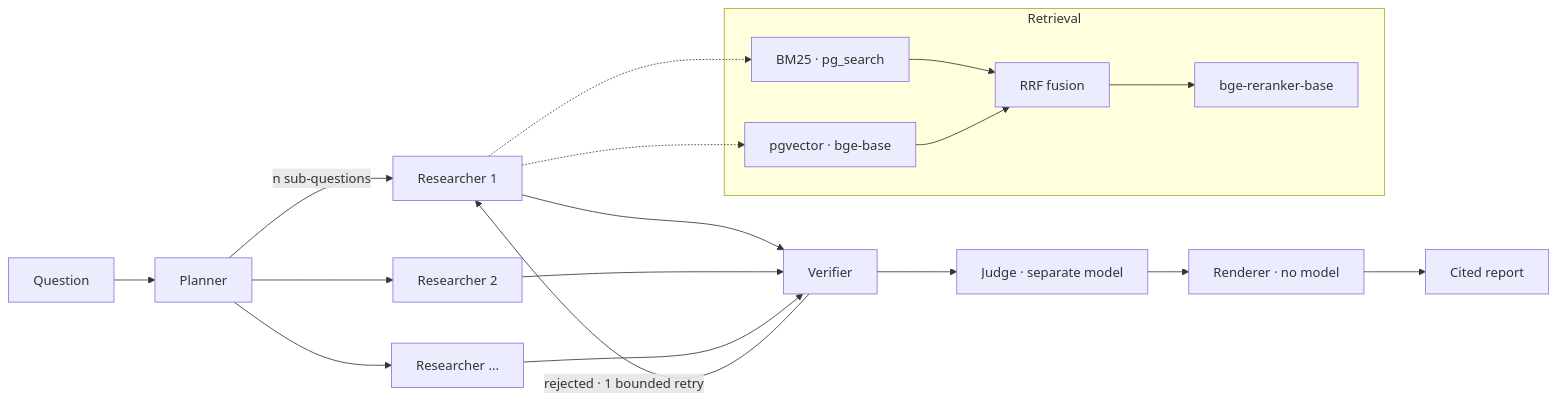
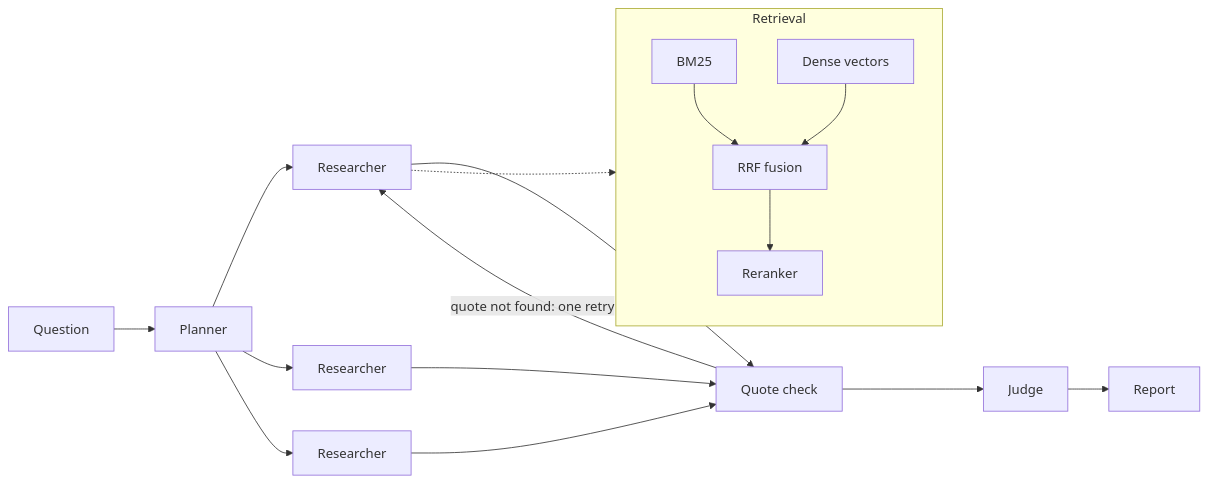
One commit to Albin-Carlsson/AgentForge changed the diagram in README.md. Above: the diagram before and after it, drawn with Mermaid. The commit also changed other lines of this file and 8 other files, not shown here.

````diff
--- a/README.md
+++ b/README.md
@@ -197,20 +67,17 @@
 ```mermaid
 flowchart LR
     Q[Question] --> P[Planner]
-    P -->|n sub-questions| R1[Researcher 1]
-    P --> R2[Researcher 2]
-    P --> R3[Researcher ...]
-    R1 --> V[Verifier]
-    R2 --> V
-    R3 --> V
-    V -->|rejected · 1 bounded retry| R1
-    V --> J[Judge · separate model] --> S[Renderer · no model] --> OUT[Cited report]
+    P --> R1[Researcher]
+    P --> R2[Researcher]
+    P --> R3[Researcher]
+    R1 & R2 & R3 --> V[Quote check]
+    V -->|quote not found: one retry| R1
+    V --> J[Judge] --> OUT[Report]
 
     subgraph Retrieval
-      BM[BM25 · pg_search] --> RRF[RRF fusion]
-      DV[pgvector · bge-base] --> RRF
-      RRF --> RR[bge-reranker-base]
+      BM[BM25] --> F[RRF fusion]
+      DV[Dense vectors] --> F
+      F --> RR[Reranker]
     end
-    R1 -.-> BM
-    R1 -.-> DV
+    R1 -.-> Retrieval
 ```
````
